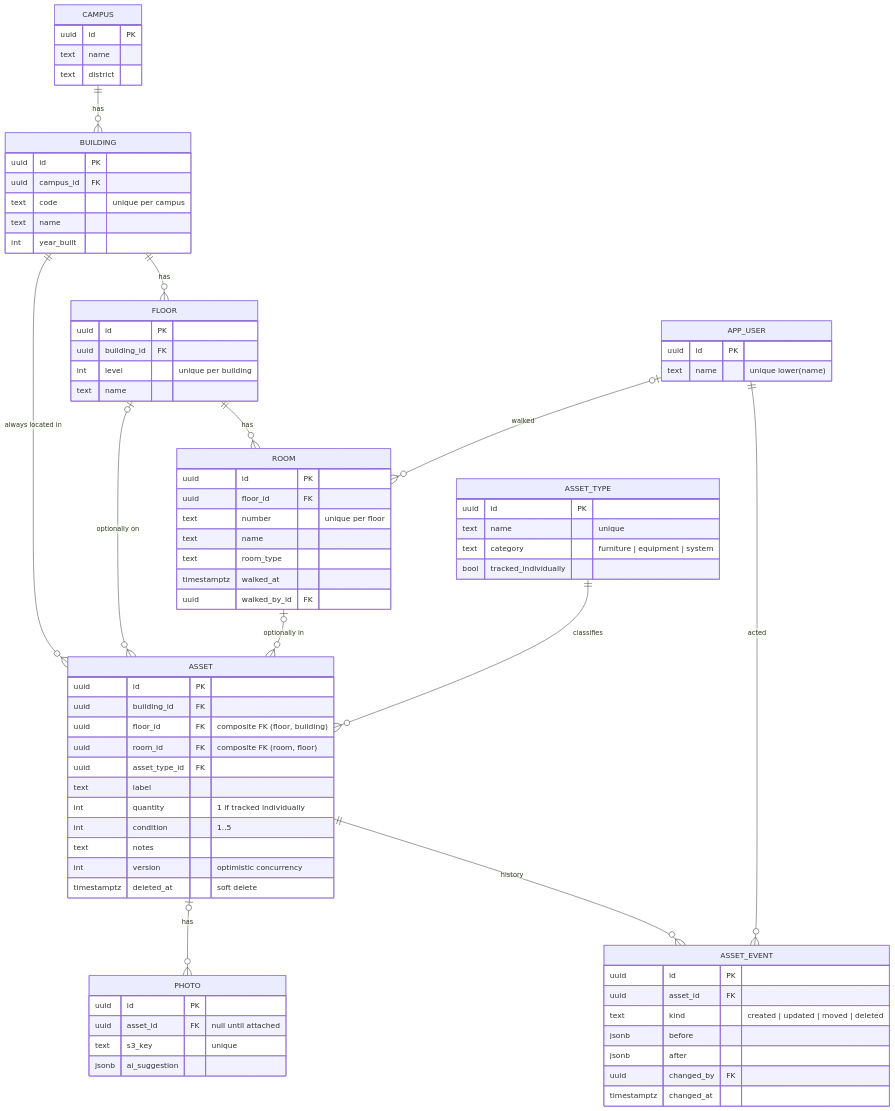
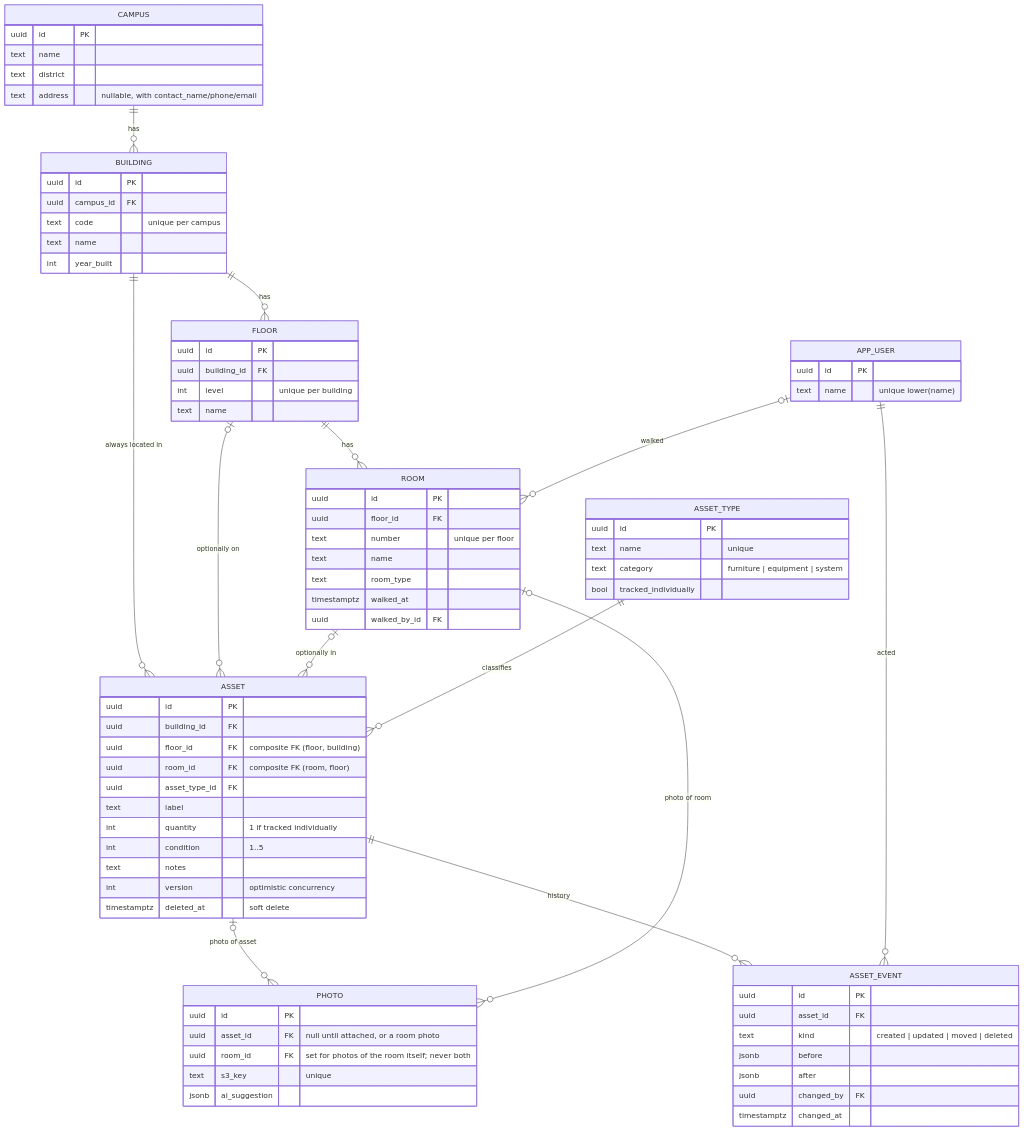
Before and after one commit to mcsantiago/vlk-architects-campus-walk: the fifth of 7 diagrams in docs/architecture.md, drawn with Mermaid. The commit also changed other lines of this file and 55 other files, not shown here.

First line of the commit message:
Add the walker's web app, campus contacts, room photos and asset copy

```diff
--- a/docs/architecture.md
+++ b/docs/architecture.md
@@ -158,7 +156,8 @@
   FLOOR |o--o{ ASSET : "optionally on"
   ROOM |o--o{ ASSET : "optionally in"
   ASSET_TYPE ||--o{ ASSET : classifies
-  ASSET |o--o{ PHOTO : has
+  ASSET |o--o{ PHOTO : "photo of asset"
+  ROOM |o--o{ PHOTO : "photo of room"
   ASSET ||--o{ ASSET_EVENT : history
   APP_USER |o--o{ ROOM : walked
   APP_USER ||--o{ ASSET_EVENT : acted
@@ -171,6 +170,7 @@
     uuid id PK
     text name
     text district
+    text address "nullable, with contact_name/phone/email"
   }
   BUILDING {
     uuid id PK
@@ -215,7 +215,8 @@
   }
   PHOTO {
     uuid id PK
-    uuid asset_id FK "null until attached"
+    uuid asset_id FK "null until attached, or a room photo"
+    uuid room_id FK "set for photos of the room itself; never both"
     text s3_key "unique"
     jsonb ai_suggestion
   }
```
